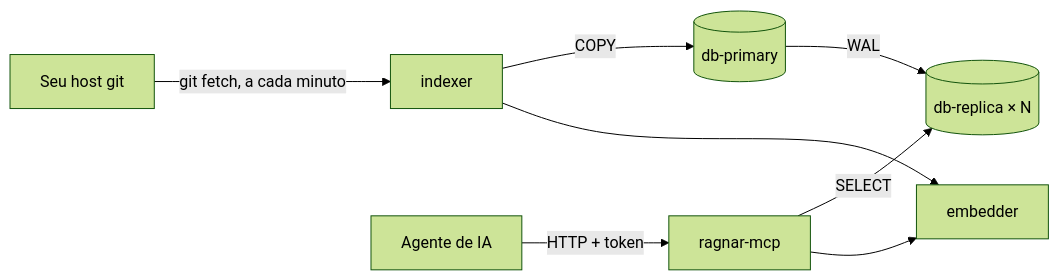
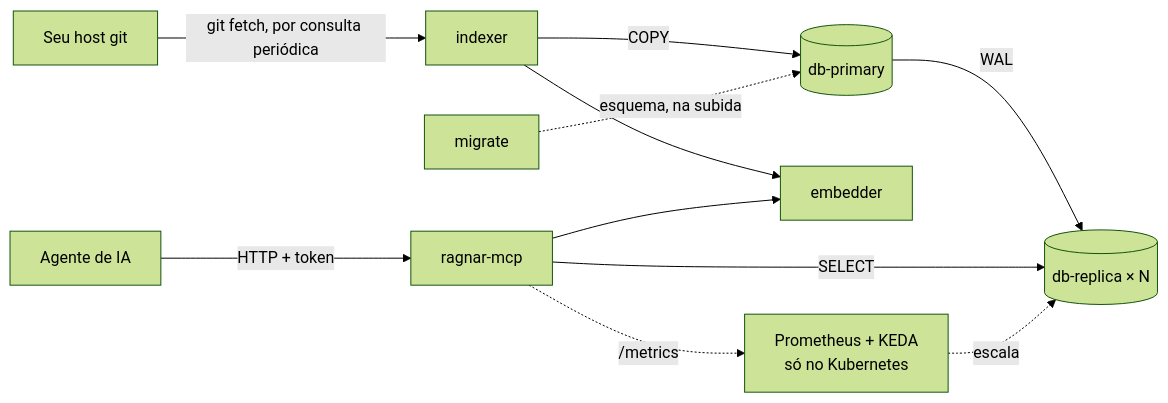
Before and after one commit to pedrojr/ragnar: the diagram in example/README.pt-BR.md, drawn with Mermaid (forest theme). The commit also changed other lines of this file and 8 other files, not shown here.

````diff
--- a/example/README.pt-BR.md
+++ b/example/README.pt-BR.md
@@ -7,10 +7,13 @@
 ```mermaid
 flowchart LR
-    repo[Seu host git] -- "git fetch, a cada minuto" --> worker[indexer]
+    repo[Seu host git] -- "git fetch, por consulta periódica" --> worker[indexer]
     worker -- COPY --> primary[(db-primary)]
     worker --> embedder
+    migrate -. "esquema, na subida" .-> primary
     primary -- WAL --> replicas[(db-replica × N)]
     agent[Agente de IA] -- "HTTP + token" --> mcp[ragnar-mcp]
     mcp -- SELECT --> replicas
     mcp --> embedder
+    mcp -. "/metrics" .-> keda[Prometheus + KEDA<br/>só no Kubernetes]
+    keda -. "escala" .-> replicas
 ```
````
